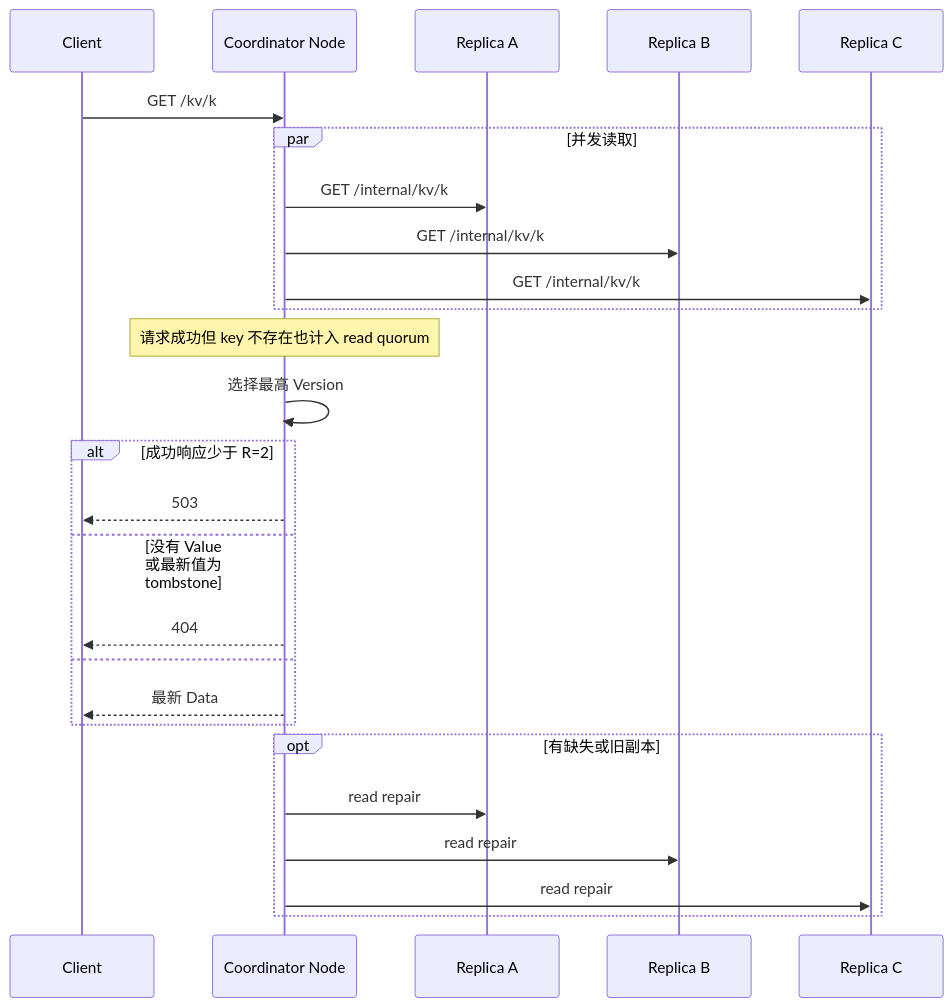
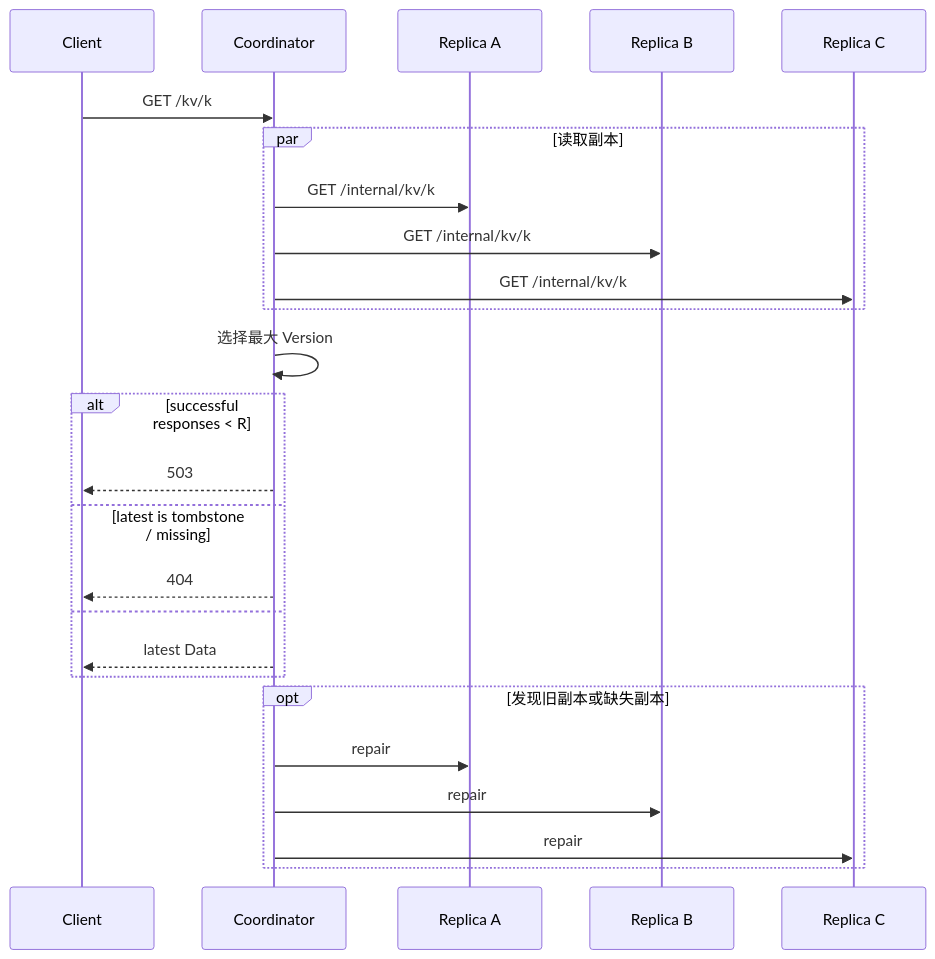
The fourth of 5 diagrams in ARCHITECTURE.md (huanzichen00/minidist), drawn with Mermaid before and after one commit. The commit also changed other lines of this file and 1 other file, not shown here.

````diff
--- a/ARCHITECTURE.md
+++ b/ARCHITECTURE.md
@@ -234,32 +239,32 @@
-```mermaid
+~~~mermaid
 sequenceDiagram
     participant C as Client
-    participant N as Coordinator Node
+    participant N as Coordinator
     participant A as Replica A
     participant B as Replica B
     participant D as Replica C
 
     C->>N: GET /kv/k
-    par 并发读取
+
+    par 读取副本
         N->>A: GET /internal/kv/k
         N->>B: GET /internal/kv/k
         N->>D: GET /internal/kv/k
     end
 
-    Note over N: 请求成功但 key 不存在也计入 read quorum
-    N->>N: 选择最高 Version
+    N->>N: 选择最大 Version
 
-    alt 成功响应少于 R=2
+    alt successful responses < R
         N-->>C: 503
-    else 没有 Value 或最新值为 tombstone
+    else latest is tombstone / missing
         N-->>C: 404
     else
-        N-->>C: 最新 Data
+        N-->>C: latest Data
     end
 
-    opt 有缺失或旧副本
-        N->>A: read repair
-        N->>B: read repair
-        N->>D: read repair
+    opt 发现旧副本或缺失副本
+        N->>A: repair
+        N->>B: repair
+        N->>D: repair
     end
-```
+~~~
````
